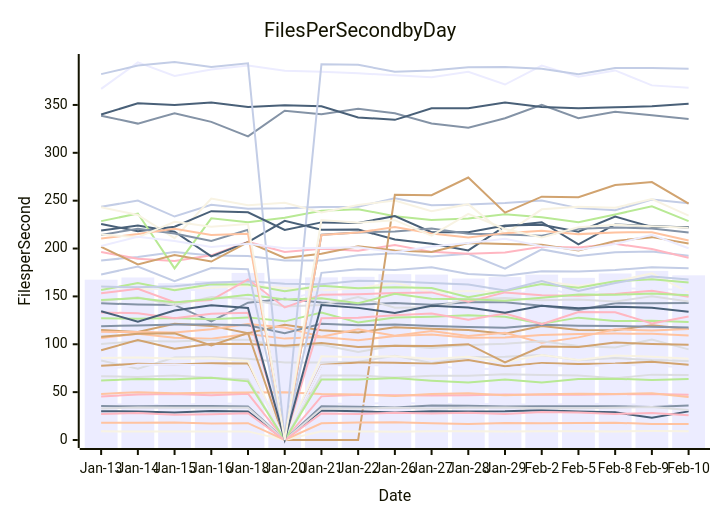
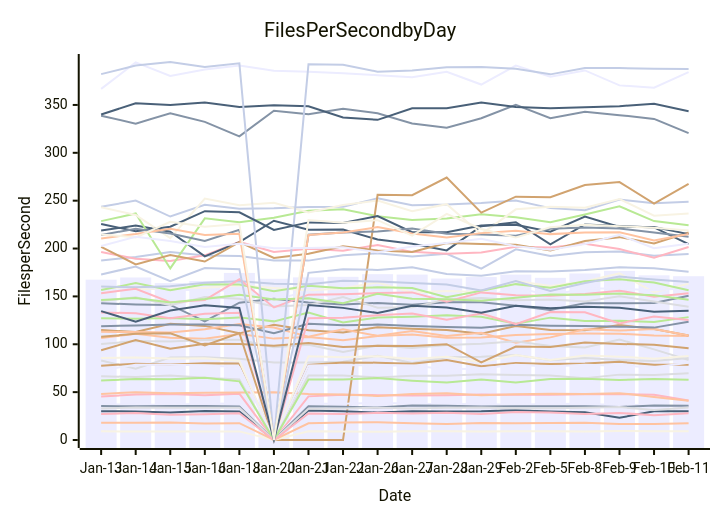
The diagram in perf-report.md (streetsidesoftware/cspell), drawn with Mermaid before and after one commit. The commit also changed other lines of this file and 1 other file, not shown here.

````diff
--- a/perf-report.md
+++ b/perf-report.md
@@ -10,57 +10,57 @@
 ```mermaid
 xychart-beta
     title Files Per Second by Day
     y-axis Files per Second
-    x-axis Date [Jan-13, Jan-14, Jan-15, Jan-16, Jan-18, Jan-20, Jan-21, Jan-22, Jan-26, Jan-27, Jan-28, Jan-29, Feb-2, Feb-5, Feb-8, Feb-9, Feb-10]
-    bar [167.48, 169.75, 163.88, 166.13, 174.50, 168.43, 169.86, 170.44, 173.21, 172.82, 168.69, 170.17, 172.76, 169.39, 173.94, 176.68, 172.01]
-    line [142.76, 141.64, 141.15, 123.99, 143.49, 147.59, 143.59, 141.42, 143.21, 141.20, 143.98, 143.78, 140.14, 135.87, 142.86, 142.75, 143.10]
-    line [106.48, 111.07, 106.70, 105.83, 110.59, 105.90, 107.50, 104.30, 108.52, 110.13, 106.78, 107.20, 109.65, 110.63, 111.16, 110.94, 109.21]
-    line [83.13, 74.36, 86.16, 86.38, 84.98, 80.87, 81.08, 81.74, 87.91, 80.34, 86.50, 86.84, 88.66, 83.22, 85.59, 83.52, 82.54]
-    line [127.26, 126.67, 127.57, 126.01, 128.09, 123.93, 133.11, 122.76, 127.88, 128.69, 130.23, 128.77, 121.54, 127.82, 124.27, 124.62, 123.31]
-    line [114.87, 112.73, 121.37, 119.21, 111.41, 120.28, 114.69, 112.28, 117.78, 116.14, 114.78, 110.96, 118.96, 114.84, 114.56, 119.99, 116.03]
-    line [187.54, 191.28, 196.46, 192.64, 192.25, 187.45, 187.38, 192.87, 195.04, 191.69, 194.48, 178.97, 199.11, 192.32, 196.15, 196.80, 192.49]
-    line [196.30, 189.40, 186.97, 192.92, 206.92, 196.43, 199.84, 197.78, 203.69, 196.52, 194.52, 195.98, 201.87, 201.12, 204.97, 199.43, 190.33]
-    line [218.81, 223.94, 217.59, 191.78, 206.70, 229.01, 219.68, 219.77, 209.49, 204.94, 198.04, 223.32, 227.45, 204.37, 225.14, 223.42, 222.08]
-    line [160.36, 157.59, 157.97, 159.04, 161.40, 158.69, 156.26, 158.43, 164.60, 154.09, 155.59, 154.71, 166.16, 160.94, 165.57, 174.04, 154.30]
-    line [152.68, 160.69, 156.79, 156.81, 155.73, 146.52, 155.23, 146.60, 152.95, 153.44, 146.68, 148.04, 159.34, 150.93, 158.41, 157.97, 156.56]
-    line [338.80, 330.51, 341.37, 332.29, 317.17, 344.00, 340.27, 346.07, 341.26, 330.59, 326.24, 336.05, 350.02, 336.18, 342.95, 339.36, 335.43]
-    line [112.95, 112.89, 112.17, 115.75, 121.13, 117.45, 107.89, 115.63, 108.80, 113.98, 108.63, 112.03, 101.57, 107.21, 115.59, 114.29, 115.98]
-    line [145.30, 149.05, 140.78, 149.26, 147.65, 139.36, 140.95, 149.41, 138.21, 138.55, 146.90, 148.25, 146.04, 146.87, 144.71, 150.09, 144.64]
-    line [228.64, 236.61, 179.24, 231.58, 227.41, 232.25, 239.53, 241.09, 233.83, 229.73, 231.27, 235.75, 232.76, 227.56, 235.60, 244.14, 228.71]
-    line [201.84, 183.49, 193.18, 186.41, 206.76, 190.09, 194.48, 202.39, 197.93, 196.32, 205.82, 204.70, 203.85, 198.04, 207.86, 211.91, 205.36]
-    line [243.64, 250.04, 233.42, 245.62, 241.64, 242.10, 243.52, 243.78, 252.46, 245.33, 245.88, 247.56, 250.17, 242.23, 239.94, 251.24, 247.36]
-    line [45.48, 47.52, 48.15, 46.82, 48.44, 0.00, 45.59, 47.24, 46.87, 46.43, 46.80, 47.45, 47.29, 47.35, 47.86, 48.05, 47.30]
-    line [339.94, 351.75, 349.84, 352.46, 347.95, 349.61, 348.67, 336.98, 334.45, 346.57, 346.60, 352.58, 347.78, 346.57, 347.57, 348.75, 351.19]
-    line [243.18, 235.07, 210.91, 252.26, 245.25, 247.79, 237.71, 245.48, 250.24, 239.03, 246.34, 215.04, 240.95, 243.60, 242.70, 251.69, 234.31]
-    line [366.78, 394.48, 380.24, 387.08, 391.19, 385.76, 384.74, 382.99, 381.11, 378.87, 384.64, 371.32, 391.09, 379.53, 386.07, 370.43, 367.95]
-    line [118.82, 119.70, 120.72, 120.60, 119.83, 111.61, 121.49, 119.94, 120.57, 119.01, 117.99, 117.30, 120.43, 119.43, 118.96, 118.43, 117.39]
-    line [48.15, 49.96, 48.86, 49.35, 49.61, 49.98, 48.14, 47.57, 46.02, 47.96, 48.80, 46.78, 47.79, 48.42, 47.97, 48.95, 44.92]
-    line [100.22, 103.42, 102.77, 104.55, 104.84, 96.90, 99.42, 91.88, 98.65, 96.11, 99.25, 100.66, 103.18, 98.24, 96.65, 104.96, 94.67]
-    line [156.59, 163.92, 156.50, 162.70, 162.52, 155.39, 161.05, 158.62, 159.47, 158.84, 149.03, 155.81, 162.82, 158.93, 165.88, 167.89, 164.45]
-    line [107.78, 110.93, 111.50, 98.69, 111.74, 0.00, 0.00, 0.00, 256.11, 255.68, 274.20, 237.51, 254.20, 253.57, 266.34, 269.39, 246.86]
-    line [160.33, 159.51, 160.62, 164.27, 165.83, 163.17, 162.82, 166.39, 165.48, 164.06, 162.34, 156.27, 166.07, 155.61, 164.06, 170.66, 167.78]
-    line [153.24, 158.05, 143.97, 146.11, 167.84, 138.47, 151.83, 152.31, 153.48, 154.19, 144.39, 154.19, 151.10, 150.58, 152.48, 156.02, 149.70]
-    line [30.13, 29.74, 28.69, 30.19, 29.74, 0.00, 30.87, 30.00, 28.70, 30.12, 29.90, 29.99, 31.08, 29.80, 28.87, 23.26, 29.91]
-    line [9.09, 8.82, 8.93, 8.76, 8.99, 0.00, 9.21, 8.99, 8.69, 9.06, 9.17, 8.90, 9.14, 9.10, 8.87, 9.39, 9.10]
-    line [37.19, 37.15, 36.65, 38.13, 37.95, 0.00, 37.76, 37.89, 38.81, 37.93, 37.35, 37.58, 36.65, 37.87, 37.52, 36.62, 36.71]
-    line [35.46, 35.24, 35.59, 35.58, 35.07, 0.00, 35.24, 34.68, 33.94, 35.92, 35.70, 34.97, 35.24, 35.24, 35.29, 34.51, 36.01]
-    line [18.04, 18.04, 18.22, 17.23, 17.55, 0.00, 17.39, 18.17, 18.55, 17.57, 16.82, 17.76, 17.39, 17.79, 18.01, 16.74, 16.81]
-    line [33.01, 34.00, 33.70, 33.67, 33.62, 0.00, 32.53, 32.97, 33.70, 32.82, 33.62, 33.93, 33.23, 33.25, 33.77, 34.38, 31.28]
-    line [146.13, 148.32, 143.55, 147.19, 151.83, 146.83, 148.17, 142.81, 152.72, 147.54, 147.09, 145.41, 148.70, 151.93, 151.71, 152.93, 151.27]
-    line [77.54, 79.76, 78.94, 80.05, 79.79, 0.00, 78.41, 81.03, 80.80, 79.69, 83.58, 77.01, 80.34, 79.32, 79.86, 81.63, 78.70]
-    line [382.18, 391.17, 394.86, 389.55, 393.53, 0.00, 392.61, 391.87, 384.72, 385.87, 389.43, 389.76, 387.86, 381.95, 388.55, 388.50, 387.75]
-    line [133.26, 132.31, 127.23, 131.76, 132.93, 0.00, 127.27, 127.81, 130.32, 132.03, 125.54, 132.09, 121.09, 133.64, 133.48, 121.84, 129.06]
-    line [225.53, 218.14, 222.73, 239.07, 237.86, 219.38, 227.33, 226.70, 233.87, 217.12, 216.93, 224.01, 224.86, 217.64, 233.33, 222.49, 222.54]
-    line [85.54, 86.15, 85.12, 85.43, 82.51, 0.00, 87.43, 86.48, 87.49, 84.71, 86.94, 81.29, 88.85, 83.51, 88.25, 87.06, 84.92]
-    line [72.97, 78.65, 78.72, 77.98, 76.03, 0.00, 77.82, 78.41, 77.74, 77.78, 73.82, 74.60, 78.73, 76.88, 78.62, 77.47, 76.02]
-    line [214.18, 220.74, 215.80, 207.87, 219.52, 0.00, 214.36, 216.75, 217.84, 220.87, 215.44, 214.77, 213.40, 220.70, 222.08, 221.01, 216.87]
-    line [210.61, 215.07, 220.69, 214.26, 215.48, 0.00, 214.23, 216.83, 222.41, 215.81, 211.64, 216.10, 218.52, 215.06, 216.88, 216.99, 208.40]
-    line [66.66, 65.78, 67.40, 65.04, 63.23, 0.00, 67.48, 67.27, 65.41, 67.07, 67.22, 68.71, 67.83, 67.42, 64.50, 68.29, 67.95]
-    line [62.15, 63.63, 63.52, 64.93, 61.26, 0.00, 63.19, 63.24, 64.72, 62.00, 60.00, 63.28, 59.94, 63.60, 64.06, 62.64, 63.65]
-    line [93.83, 104.36, 95.41, 100.49, 100.17, 98.43, 101.26, 97.05, 98.45, 98.30, 100.11, 81.16, 97.62, 97.16, 101.86, 100.35, 99.46]
-    line [172.87, 181.24, 165.83, 179.67, 178.49, 0.00, 174.64, 178.29, 177.69, 180.46, 173.36, 171.47, 176.27, 176.08, 177.50, 180.37, 179.50]
-    line [27.25, 28.25, 26.29, 26.94, 27.92, 0.00, 27.74, 27.10, 28.41, 27.77, 28.43, 27.26, 29.20, 28.78, 27.22, 28.25, 25.94]
-    line [134.58, 123.64, 135.23, 140.79, 137.86, 0.00, 141.02, 138.02, 132.73, 140.24, 138.48, 133.03, 140.20, 137.55, 139.32, 138.06, 134.03]
-    line [214.77, 211.68, 227.93, 222.84, 225.57, 0.00, 229.76, 226.99, 229.64, 213.50, 236.23, 220.41, 211.45, 222.13, 224.72, 223.26, 221.76]
-    line [202.65, 212.27, 207.96, 201.68, 204.97, 200.41, 200.50, 201.35, 196.11, 202.03, 205.84, 210.33, 202.30, 198.84, 204.68, 214.35, 200.27]
+    x-axis Date [Jan-13, Jan-14, Jan-15, Jan-16, Jan-18, Jan-20, Jan-21, Jan-22, Jan-26, Jan-27, Jan-28, Jan-29, Feb-2, Feb-5, Feb-8, Feb-9, Feb-10, Feb-11]
+    bar [167.48, 169.75, 163.88, 166.13, 174.50, 168.43, 169.86, 170.44, 173.21, 172.82, 168.69, 170.17, 172.76, 169.39, 173.94, 176.68, 172.01, 171.09]
+    line [142.76, 141.64, 141.15, 123.99, 143.49, 147.59, 143.59, 141.42, 143.21, 141.20, 143.98, 143.78, 140.14, 135.87, 142.86, 142.75, 143.10, 150.58]
+    line [106.48, 111.07, 106.70, 105.83, 110.59, 105.90, 107.50, 104.30, 108.52, 110.13, 106.78, 107.20, 109.65, 110.63, 111.16, 110.94, 109.21, 108.62]
+    line [83.13, 74.36, 86.16, 86.38, 84.98, 80.87, 81.08, 81.74, 87.91, 80.34, 86.50, 86.84, 88.66, 83.22, 85.59, 83.52, 82.54, 85.62]
+    line [127.26, 126.67, 127.57, 126.01, 128.09, 123.93, 133.11, 122.76, 127.88, 128.69, 130.23, 128.77, 121.54, 127.82, 124.27, 124.62, 123.31, 128.35]
+    line [114.87, 112.73, 121.37, 119.21, 111.41, 120.28, 114.69, 112.28, 117.78, 116.14, 114.78, 110.96, 118.96, 114.84, 114.56, 119.99, 116.03, 109.17]
+    line [187.54, 191.28, 196.46, 192.64, 192.25, 187.45, 187.38, 192.87, 195.04, 191.69, 194.48, 178.97, 199.11, 192.32, 196.15, 196.80, 192.49, 194.25]
+    line [196.30, 189.40, 186.97, 192.92, 206.92, 196.43, 199.84, 197.78, 203.69, 196.52, 194.52, 195.98, 201.87, 201.12, 204.97, 199.43, 190.33, 201.63]
+    line [218.81, 223.94, 217.59, 191.78, 206.70, 229.01, 219.68, 219.77, 209.49, 204.94, 198.04, 223.32, 227.45, 204.37, 225.14, 223.42, 222.08, 204.60]
+    line [160.36, 157.59, 157.97, 159.04, 161.40, 158.69, 156.26, 158.43, 164.60, 154.09, 155.59, 154.71, 166.16, 160.94, 165.57, 174.04, 154.30, 163.20]
+    line [152.68, 160.69, 156.79, 156.81, 155.73, 146.52, 155.23, 146.60, 152.95, 153.44, 146.68, 148.04, 159.34, 150.93, 158.41, 157.97, 156.56, 158.78]
+    line [338.80, 330.51, 341.37, 332.29, 317.17, 344.00, 340.27, 346.07, 341.26, 330.59, 326.24, 336.05, 350.02, 336.18, 342.95, 339.36, 335.43, 320.64]
+    line [112.95, 112.89, 112.17, 115.75, 121.13, 117.45, 107.89, 115.63, 108.80, 113.98, 108.63, 112.03, 101.57, 107.21, 115.59, 114.29, 115.98, 109.26]
+    line [145.30, 149.05, 140.78, 149.26, 147.65, 139.36, 140.95, 149.41, 138.21, 138.55, 146.90, 148.25, 146.04, 146.87, 144.71, 150.09, 144.64, 139.27]
+    line [228.64, 236.61, 179.24, 231.58, 227.41, 232.25, 239.53, 241.09, 233.83, 229.73, 231.27, 235.75, 232.76, 227.56, 235.60, 244.14, 228.71, 224.31]
+    line [201.84, 183.49, 193.18, 186.41, 206.76, 190.09, 194.48, 202.39, 197.93, 196.32, 205.82, 204.70, 203.85, 198.04, 207.86, 211.91, 205.36, 216.80]
+    line [243.64, 250.04, 233.42, 245.62, 241.64, 242.10, 243.52, 243.78, 252.46, 245.33, 245.88, 247.56, 250.17, 242.23, 239.94, 251.24, 247.36, 248.85]
+    line [45.48, 47.52, 48.15, 46.82, 48.44, 0.00, 45.59, 47.24, 46.87, 46.43, 46.80, 47.45, 47.29, 47.35, 47.86, 48.05, 47.30, 41.22]
+    line [339.94, 351.75, 349.84, 352.46, 347.95, 349.61, 348.67, 336.98, 334.45, 346.57, 346.60, 352.58, 347.78, 346.57, 347.57, 348.75, 351.19, 343.38]
+    line [243.18, 235.07, 210.91, 252.26, 245.25, 247.79, 237.71, 245.48, 250.24, 239.03, 246.34, 215.04, 240.95, 243.60, 242.70, 251.69, 234.31, 236.56]
+    line [366.78, 394.48, 380.24, 387.08, 391.19, 385.76, 384.74, 382.99, 381.11, 378.87, 384.64, 371.32, 391.09, 379.53, 386.07, 370.43, 367.95, 384.24]
+    line [118.82, 119.70, 120.72, 120.60, 119.83, 111.61, 121.49, 119.94, 120.57, 119.01, 117.99, 117.30, 120.43, 119.43, 118.96, 118.43, 117.39, 123.41]
+    line [48.15, 49.96, 48.86, 49.35, 49.61, 49.98, 48.14, 47.57, 46.02, 47.96, 48.80, 46.78, 47.79, 48.42, 47.97, 48.95, 44.92, 41.04]
+    line [100.22, 103.42, 102.77, 104.55, 104.84, 96.90, 99.42, 91.88, 98.65, 96.11, 99.25, 100.66, 103.18, 98.24, 96.65, 104.96, 94.67, 83.56]
+    line [156.59, 163.92, 156.50, 162.70, 162.52, 155.39, 161.05, 158.62, 159.47, 158.84, 149.03, 155.81, 162.82, 158.93, 165.88, 167.89, 164.45, 156.49]
+    line [107.78, 110.93, 111.50, 98.69, 111.74, 0.00, 0.00, 0.00, 256.11, 255.68, 274.20, 237.51, 254.20, 253.57, 266.34, 269.39, 246.86, 267.48]
+    line [160.33, 159.51, 160.62, 164.27, 165.83, 163.17, 162.82, 166.39, 165.48, 164.06, 162.34, 156.27, 166.07, 155.61, 164.06, 170.66, 167.78, 164.98]
+    line [153.24, 158.05, 143.97, 146.11, 167.84, 138.47, 151.83, 152.31, 153.48, 154.19, 144.39, 154.19, 151.10, 150.58, 152.48, 156.02, 149.70, 153.29]
+    line [30.13, 29.74, 28.69, 30.19, 29.74, 0.00, 30.87, 30.00, 28.70, 30.12, 29.90, 29.99, 31.08, 29.80, 28.87, 23.26, 29.91, 30.03]
+    line [9.09, 8.82, 8.93, 8.76, 8.99, 0.00, 9.21, 8.99, 8.69, 9.06, 9.17, 8.90, 9.14, 9.10, 8.87, 9.39, 9.10, 9.13]
+    line [37.19, 37.15, 36.65, 38.13, 37.95, 0.00, 37.76, 37.89, 38.81, 37.93, 37.35, 37.58, 36.65, 37.87, 37.52, 36.62, 36.71, 33.98]
+    line [35.46, 35.24, 35.59, 35.58, 35.07, 0.00, 35.24, 34.68, 33.94, 35.92, 35.70, 34.97, 35.24, 35.24, 35.29, 34.51, 36.01, 35.78]
+    line [18.04, 18.04, 18.22, 17.23, 17.55, 0.00, 17.39, 18.17, 18.55, 17.57, 16.82, 17.76, 17.39, 17.79, 18.01, 16.74, 16.81, 17.47]
+    line [33.01, 34.00, 33.70, 33.67, 33.62, 0.00, 32.53, 32.97, 33.70, 32.82, 33.62, 33.93, 33.23, 33.25, 33.77, 34.38, 31.28, 33.92]
+    line [146.13, 148.32, 143.55, 147.19, 151.83, 146.83, 148.17, 142.81, 152.72, 147.54, 147.09, 145.41, 148.70, 151.93, 151.71, 152.93, 151.27, 146.48]
+    line [77.54, 79.76, 78.94, 80.05, 79.79, 0.00, 78.41, 81.03, 80.80, 79.69, 83.58, 77.01, 80.34, 79.32, 79.86, 81.63, 78.70, 78.48]
+    line [382.18, 391.17, 394.86, 389.55, 393.53, 0.00, 392.61, 391.87, 384.72, 385.87, 389.43, 389.76, 387.86, 381.95, 388.55, 388.50, 387.75, 387.44]
+    line [133.26, 132.31, 127.23, 131.76, 132.93, 0.00, 127.27, 127.81, 130.32, 132.03, 125.54, 132.09, 121.09, 133.64, 133.48, 121.84, 129.06, 125.35]
+    line [225.53, 218.14, 222.73, 239.07, 237.86, 219.38, 227.33, 226.70, 233.87, 217.12, 216.93, 224.01, 224.86, 217.64, 233.33, 222.49, 222.54, 215.06]
+    line [85.54, 86.15, 85.12, 85.43, 82.51, 0.00, 87.43, 86.48, 87.49, 84.71, 86.94, 81.29, 88.85, 83.51, 88.25, 87.06, 84.92, 87.87]
+    line [72.97, 78.65, 78.72, 77.98, 76.03, 0.00, 77.82, 78.41, 77.74, 77.78, 73.82, 74.60, 78.73, 76.88, 78.62, 77.47, 76.02, 80.63]
+    line [214.18, 220.74, 215.80, 207.87, 219.52, 0.00, 214.36, 216.75, 217.84, 220.87, 215.44, 214.77, 213.40, 220.70, 222.08, 221.01, 216.87, 212.27]
+    line [210.61, 215.07, 220.69, 214.26, 215.48, 0.00, 214.23, 216.83, 222.41, 215.81, 211.64, 216.10, 218.52, 215.06, 216.88, 216.99, 208.40, 215.14]
+    line [66.66, 65.78, 67.40, 65.04, 63.23, 0.00, 67.48, 67.27, 65.41, 67.07, 67.22, 68.71, 67.83, 67.42, 64.50, 68.29, 67.95, 69.65]
+    line [62.15, 63.63, 63.52, 64.93, 61.26, 0.00, 63.19, 63.24, 64.72, 62.00, 60.00, 63.28, 59.94, 63.60, 64.06, 62.64, 63.65, 62.92]
+    line [93.83, 104.36, 95.41, 100.49, 100.17, 98.43, 101.26, 97.05, 98.45, 98.30, 100.11, 81.16, 97.62, 97.16, 101.86, 100.35, 99.46, 95.94]
+    line [172.87, 181.24, 165.83, 179.67, 178.49, 0.00, 174.64, 178.29, 177.69, 180.46, 173.36, 171.47, 176.27, 176.08, 177.50, 180.37, 179.50, 175.86]
+    line [27.25, 28.25, 26.29, 26.94, 27.92, 0.00, 27.74, 27.10, 28.41, 27.77, 28.43, 27.26, 29.20, 28.78, 27.22, 28.25, 25.94, 28.05]
+    line [134.58, 123.64, 135.23, 140.79, 137.86, 0.00, 141.02, 138.02, 132.73, 140.24, 138.48, 133.03, 140.20, 137.55, 139.32, 138.06, 134.03, 135.13]
+    line [214.77, 211.68, 227.93, 222.84, 225.57, 0.00, 229.76, 226.99, 229.64, 213.50, 236.23, 220.41, 211.45, 222.13, 224.72, 223.26, 221.76, 218.97]
+    line [202.65, 212.27, 207.96, 201.68, 204.97, 200.41, 200.50, 201.35, 196.11, 202.03, 205.84, 210.33, 202.30, 198.84, 204.68, 214.35, 200.27, 204.92]
 ```
````
